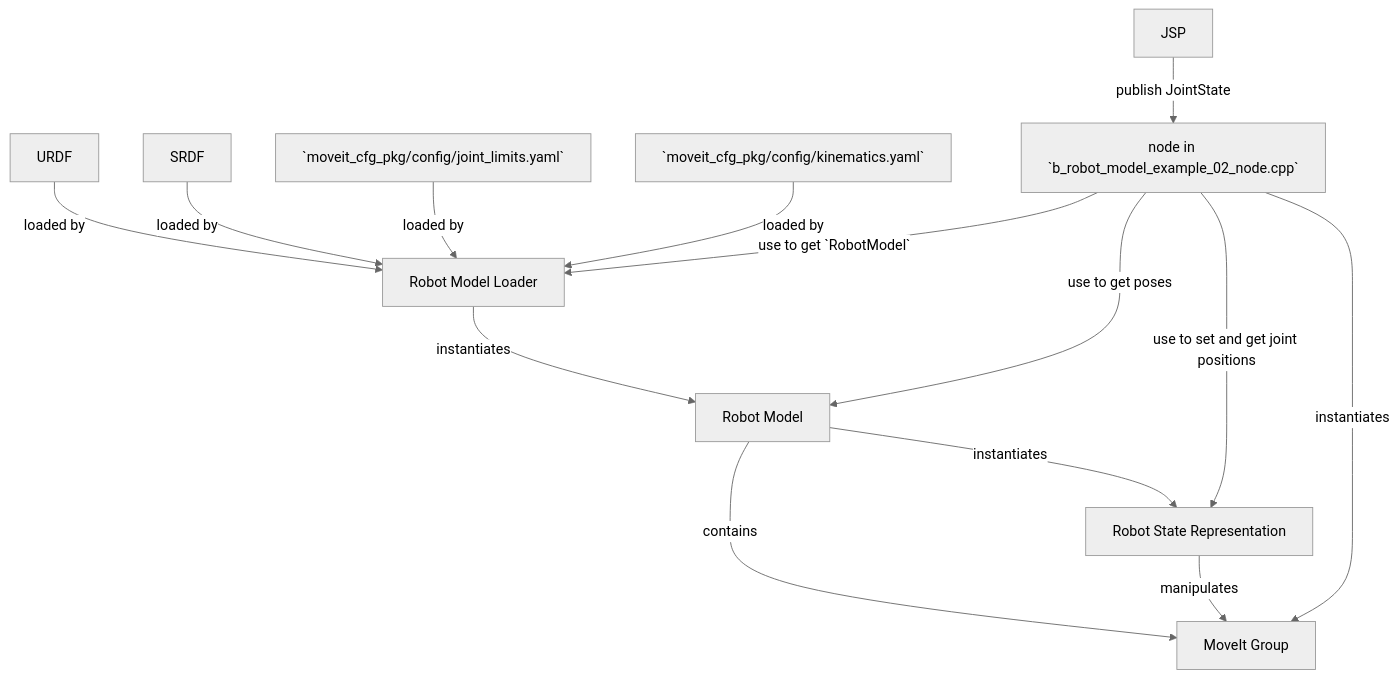
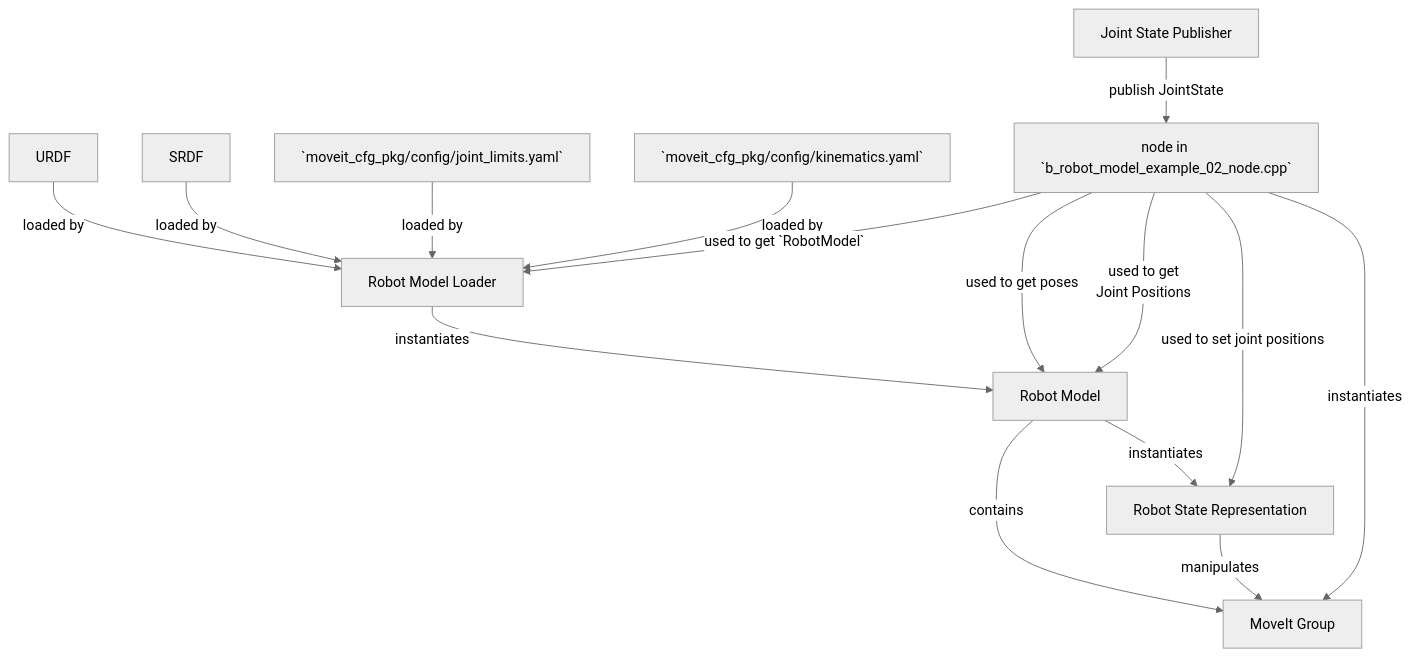
Before and after one commit to rafaelrojasmiliani/moveit_tutorial: the diagram in 01_robot_model_and_kinematics/src/a_robot_model_example_01/readme.md, drawn with Mermaid (neutral theme). The commit also changed other lines of this file, not shown here.

````diff
--- a/01_robot_model_and_kinematics/src/a_robot_model_example_01/readme.md
+++ b/01_robot_model_and_kinematics/src/a_robot_model_example_01/readme.md
@@ -86,16 +86,17 @@
 ```mermaid
 graph TD;
-    JSP -- publish JointState --> N[node in `b_robot_model_example_02_node.cpp`];
+    JSP[Joint State Publisher] -- publish JointState --> N[node in `b_robot_model_example_02_node.cpp`];
     URDF -- loaded by --> RML[Robot Model Loader];
     SRDF -- loaded by --> RML;
     J[`moveit_cfg_pkg/config/joint_limits.yaml`] -- loaded by --> RML;
     K[`moveit_cfg_pkg/config/kinematics.yaml`] -- loaded by --> RML;
     RML -- instantiates --> RM[Robot Model];
     RM -- instantiates --> RS[Robot State Representation];
     RM -- contains --> MG[MoveIt Group];
     RS -- manipulates --> MG;
     N -- instantiates --> MG;
-    N -- use to set and get joint positions --> RS;
-    N -- use to get `RobotModel` --> RML;
-    N -- use to get poses --> RM;
+    N -- used to set joint positions --> RS;
+    N -- used to get `RobotModel` --> RML;
+    N -- used to get poses --> RM;
+    N -- used to get<br/> Joint Positions --> RM;
 ```
````
